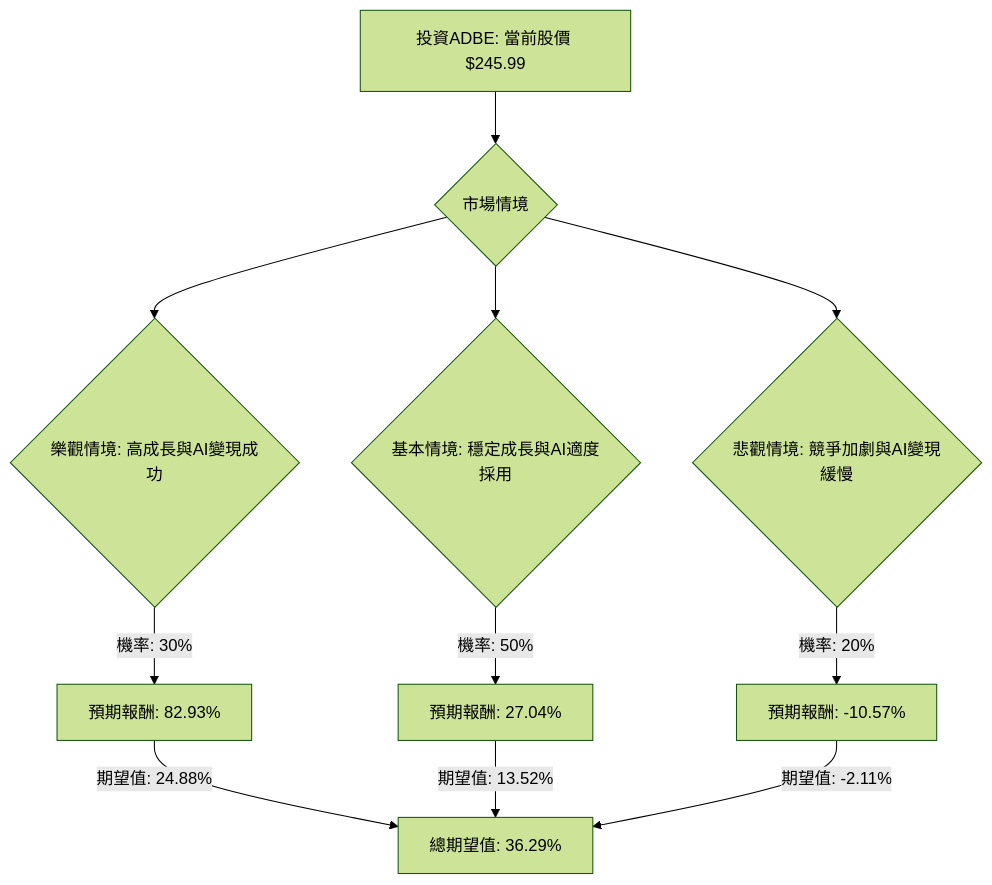
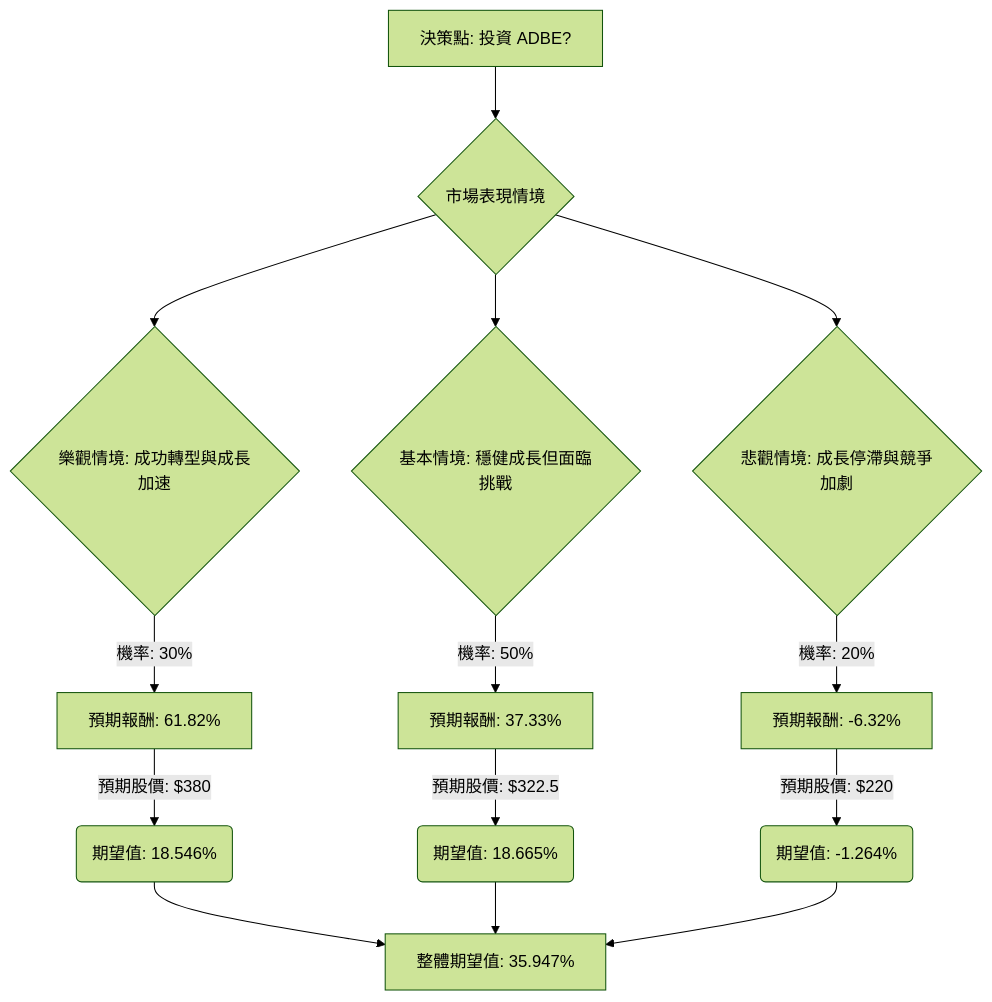
One commit to zmcx16/zmcx16.github.io changed the diagram in plugin-react/ai-analysis/ev-analysis/ADBE.md. Above: the diagram before and after it, drawn with Mermaid (forest theme). The commit also changed other lines of this file and 70 other files, not shown here.

````diff
--- a/plugin-react/ai-analysis/ev-analysis/ADBE.md
+++ b/plugin-react/ai-analysis/ev-analysis/ADBE.md
@@ -28,18 +57,18 @@
 ```mermaid
 graph TD
-    A[投資ADBE: 當前股價 $245.99] --> B{市場情境}
+    A[決策點: 投資 ADBE?] --> B{市場表現情境}
 
-    B --> C{樂觀情境: 高成長與AI變現成功}
-    C -- 機率: 30% --> C1[預期報酬: 82.93%]
-    C1 -- 期望值: 24.88% --> D(總期望值)
+    B --> C{樂觀情境: 成功轉型與成長加速}
+    C -- 機率: 30% --> C1[預期報酬: 61.82%]
+    C1 -- 預期股價: $380 --> C2(期望值: 18.546%)
 
-    B --> E{基本情境: 穩定成長與AI適度採用}
-    E -- 機率: 50% --> E1[預期報酬: 27.04%]
-    E1 -- 期望值: 13.52% --> D
+    B --> D{基本情境: 穩健成長但面臨挑戰}
+    D -- 機率: 50% --> D1[預期報酬: 37.33%]
+    D1 -- 預期股價: $322.5 --> D2(期望值: 18.665%)
 
-    B --> F{悲觀情境: 競爭加劇與AI變現緩慢}
-    F -- 機率: 20% --> F1[預期報酬: -10.57%]
-    F1 -- 期望值: -2.11% --> D
+    B --> E{悲觀情境: 成長停滯與競爭加劇}
+    E -- 機率: 20% --> E1[預期報酬: -6.32%]
+    E1 -- 預期股價: $220 --> E2(期望值: -1.264%)
 
-    D[總期望值: 36.29%]
+    C2 & D2 & E2 --> F[整體期望值: 35.947%]
 ```
````
